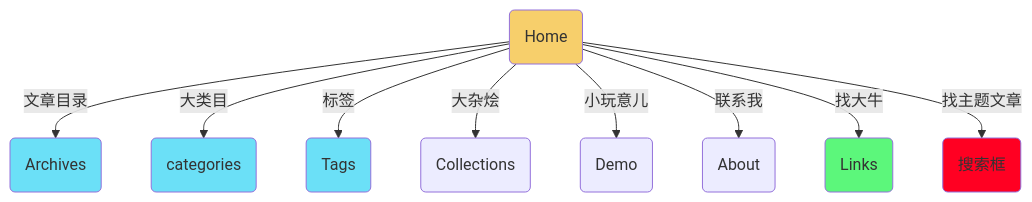
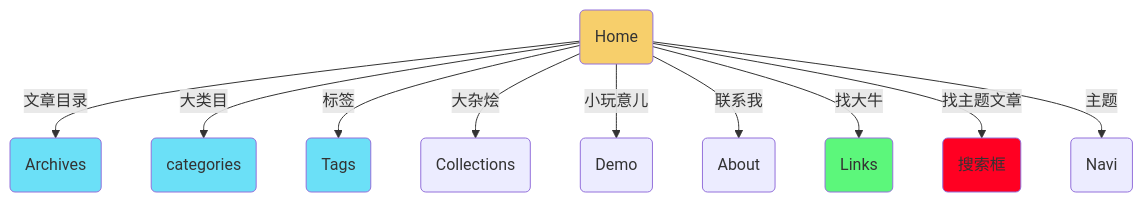
The diagram in _posts/2010-01-01-navigation.md (wqw547243068/wqw547243068.github.io), drawn with Mermaid before and after one commit.

Commit message:
导航

```diff
--- a/_posts/2010-01-01-navigation.md
+++ b/_posts/2010-01-01-navigation.md
@@ -98,27 +98,29 @@
 <div class="mermaid">
 %% 导航
     graph TD
     A(Home):::s
     classDef s fill:#C8D64B;
     style A fill:#F7CF6B;
     style B fill:#6BE0F7;
     style C fill:#6BE0F7;
     style D fill:#6BE0F7;
     style H fill:#5CF77B;
     style I fill:#f02;
     A -->|文章目录| B(Archives)
     A -->|大类目| C(categories)
     A -->|标签| D(Tags)
     A -->|大杂烩| E(Collections)
     A -->|小玩意儿| F(Demo)
     A -->|联系我| G(About)
     A -->|找大牛| H(Links)
     A -->|找主题文章| I(搜索框)
+    A -->|主题| W(Navi)
     click A "https://wqw547243068.github.io/" "主页"
     click B "https://wqw547243068.github.io/archive" "文章目录"
     click C "https://wqw547243068.github.io/category" "大类目"
     click D "https://wqw547243068.github.io/tag" "标签索引"
     click E "https://wqw547243068.github.io/collection" "大类目"
     click F "https://wqw547243068.github.io/demo" "Demo"
     click G "https://wqw547243068.github.io/about" "找我"
+    click W "https://wqw547243068.github.io/navi" "主题"
 </div>
```
